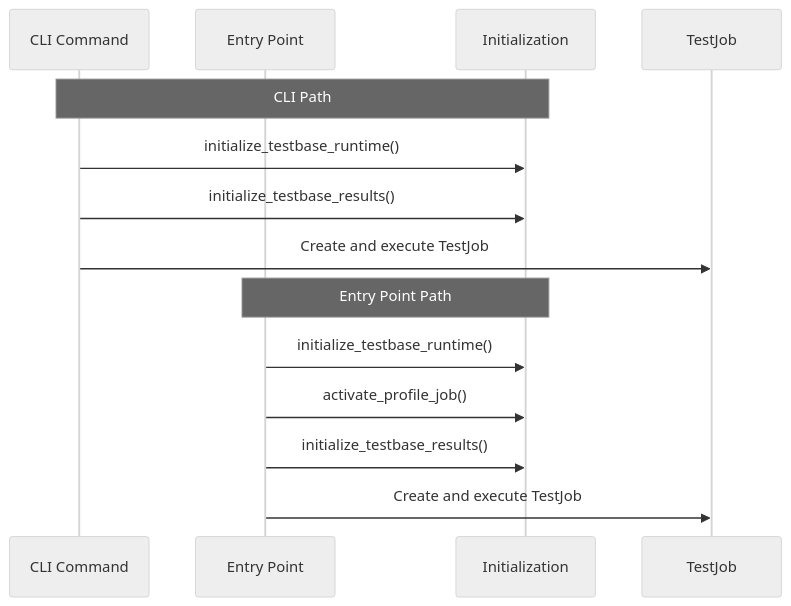
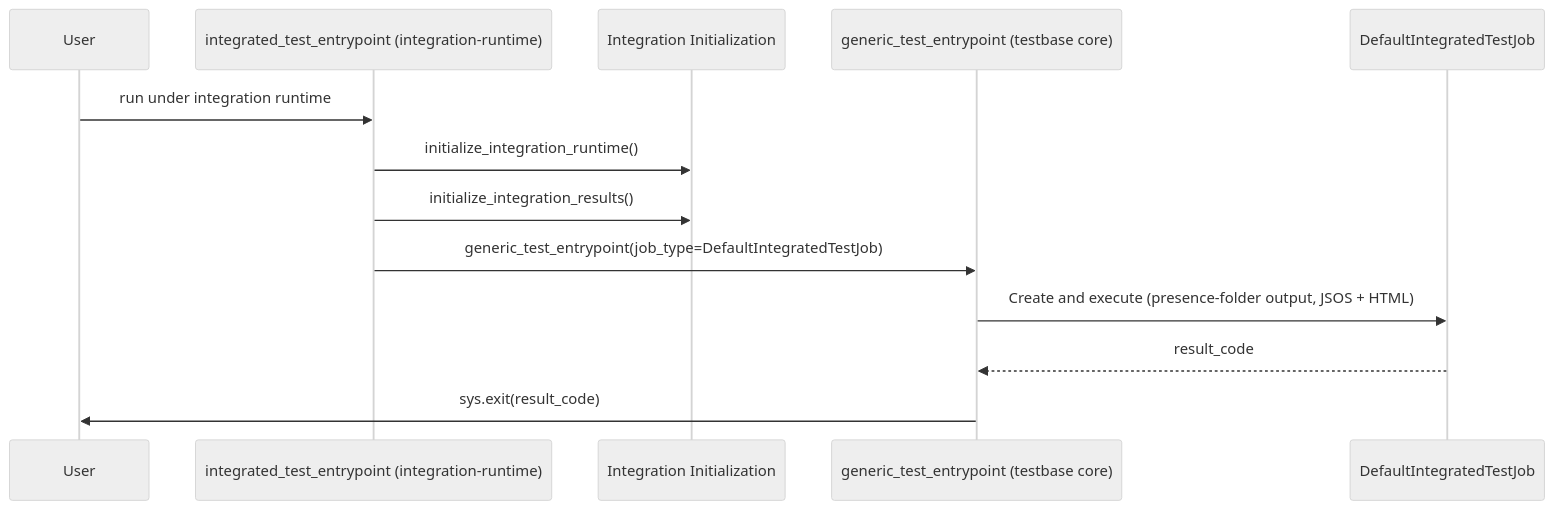
One commit to code-craft-ai-company/codecraftai-testbase changed the eighth of 10 diagrams in specs/entrypoints/design.md. Above: the diagram before and after it, drawn with Mermaid (neutral theme). The commit also changed other lines of this file and 109 other files, not shown here.

````diff
--- a/specs/entrypoints/design.md
+++ b/specs/entrypoints/design.md
@@ -363,18 +338,16 @@
 ```mermaid
 sequenceDiagram
-    participant CLI as CLI Command
-    participant EP as Entry Point
-    participant Init as Initialization
-    participant Job as TestJob
-    
-    Note over CLI,Init: CLI Path
-    CLI->>Init: initialize_testbase_runtime()
-    CLI->>Init: initialize_testbase_results()
-    CLI->>Job: Create and execute TestJob
-    
-    Note over EP,Init: Entry Point Path
-    EP->>Init: initialize_testbase_runtime()
-    EP->>Init: activate_profile_job()
-    EP->>Init: initialize_testbase_results()
-    EP->>Job: Create and execute TestJob
+    participant User
+    participant ITE as integrated_test_entrypoint (integration-runtime)
+    participant Init as Integration Initialization
+    participant GTE as generic_test_entrypoint (testbase core)
+    participant Job as DefaultIntegratedTestJob
+
+    User->>ITE: run under integration runtime
+    ITE->>Init: initialize_integration_runtime()
+    ITE->>Init: initialize_integration_results()
+    ITE->>GTE: generic_test_entrypoint(job_type=DefaultIntegratedTestJob)
+    GTE->>Job: Create and execute (presence-folder output, JSOS + HTML)
+    Job-->>GTE: result_code
+    GTE->>User: sys.exit(result_code)
 ```
````
